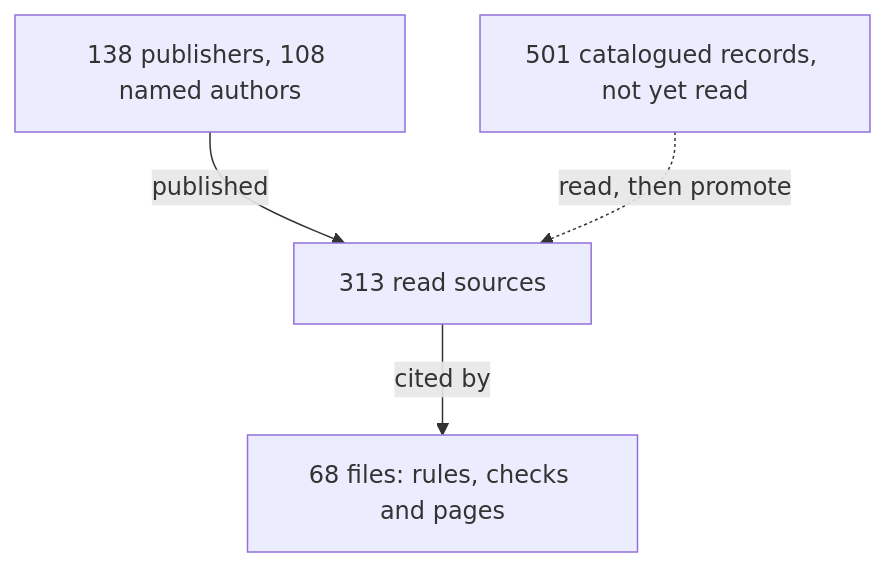
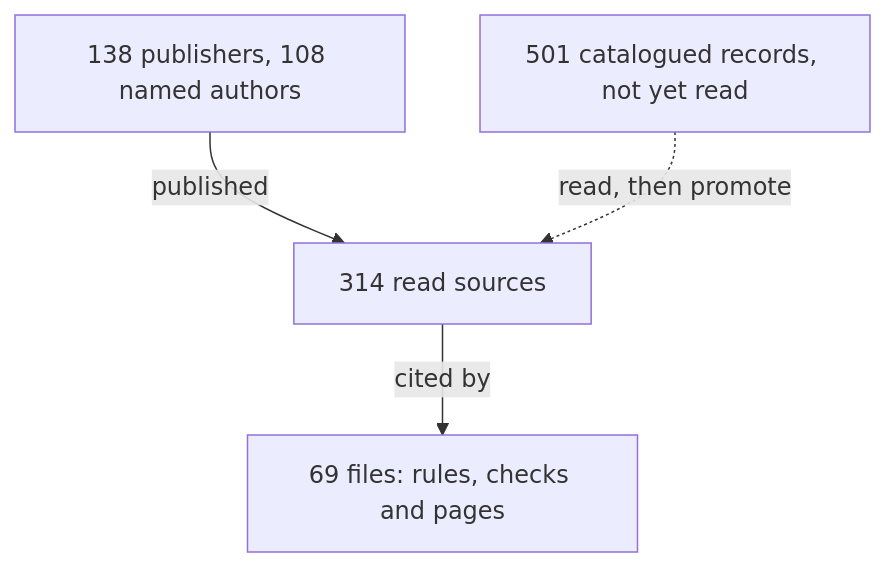
One commit to Valpatel/cad-agent changed the diagram in docs/practice/experts.md. Above: the diagram before and after it, drawn with Mermaid. The commit also changed other lines of this file and 4 other files, not shown here.

````diff
--- a/docs/practice/experts.md
+++ b/docs/practice/experts.md
@@ -6,7 +6,7 @@
 ```mermaid
 flowchart TD
-  P["138 publishers, 108 named authors"] -->|published| S["313 read sources"]
-  S -->|cited by| U["68 files: rules, checks and pages"]
+  P["138 publishers, 108 named authors"] -->|published| S["314 read sources"]
+  S -->|cited by| U["69 files: rules, checks and pages"]
   C["501 catalogued records, not yet read"] -.->|read, then promote| S
   class S here
 ```
````
